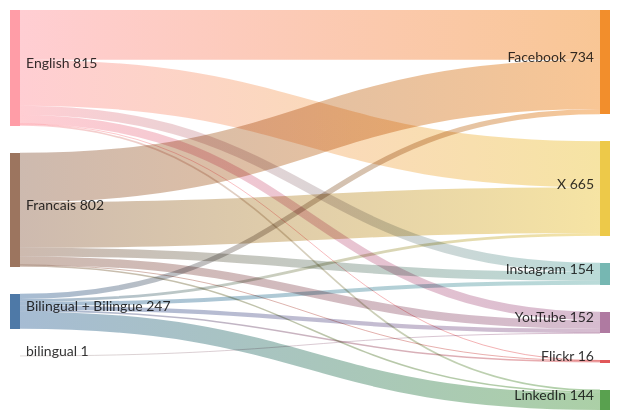
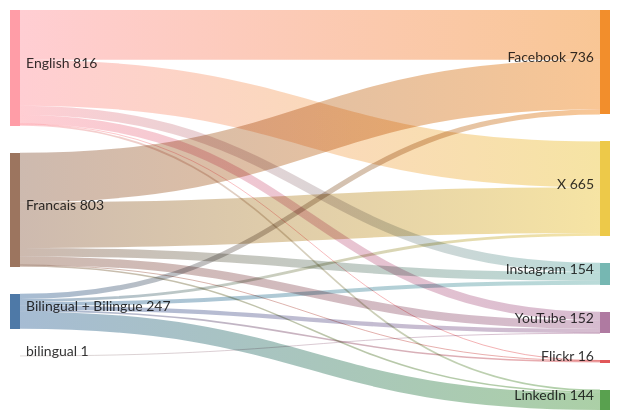
One commit to PatLittle/GC-Socials changed the diagram in sankey_diagram.md. Above: the diagram before and after it, drawn with Mermaid.

Commit message:
Update Sankey diagram for the most recent day

````diff
--- a/sankey_diagram.md
+++ b/sankey_diagram.md
@@ -1,22 +1,22 @@
 ```mermaid
 sankey-beta
   Bilingual + Bilingue,Facebook,37
   Bilingual + Bilingue,Flickr,11
   Bilingual + Bilingue,Instagram,28
   Bilingual + Bilingue,LinkedIn,121
   Bilingual + Bilingue,X,20
   Bilingual + Bilingue,YouTube,30
-  English,Facebook,350
+  English,Facebook,351
   English,Flickr,3
   English,Instagram,66
   English,LinkedIn,12
   English,X,323
   English,YouTube,61
-  Francais,Facebook,347
+  Francais,Facebook,348
   Francais,Flickr,2
   Francais,Instagram,60
   Francais,LinkedIn,11
   Francais,X,322
   Francais,YouTube,60
   bilingual,YouTube,1
 ```
````
